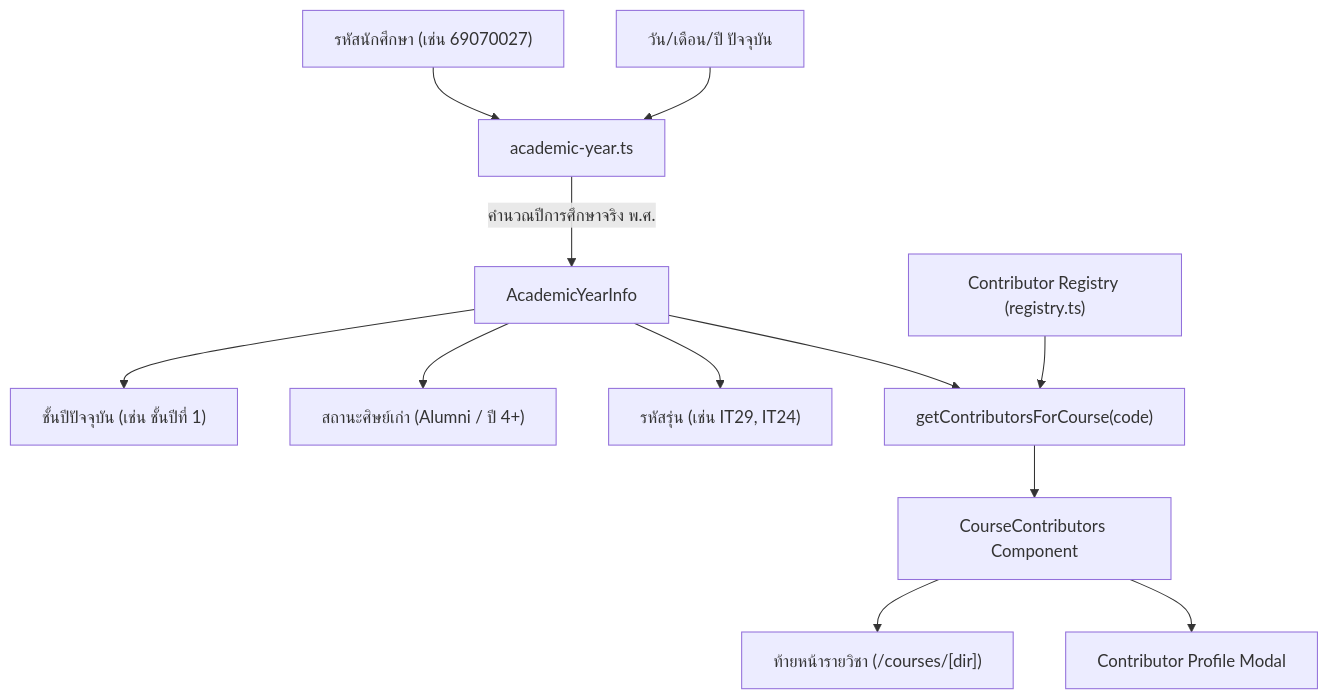
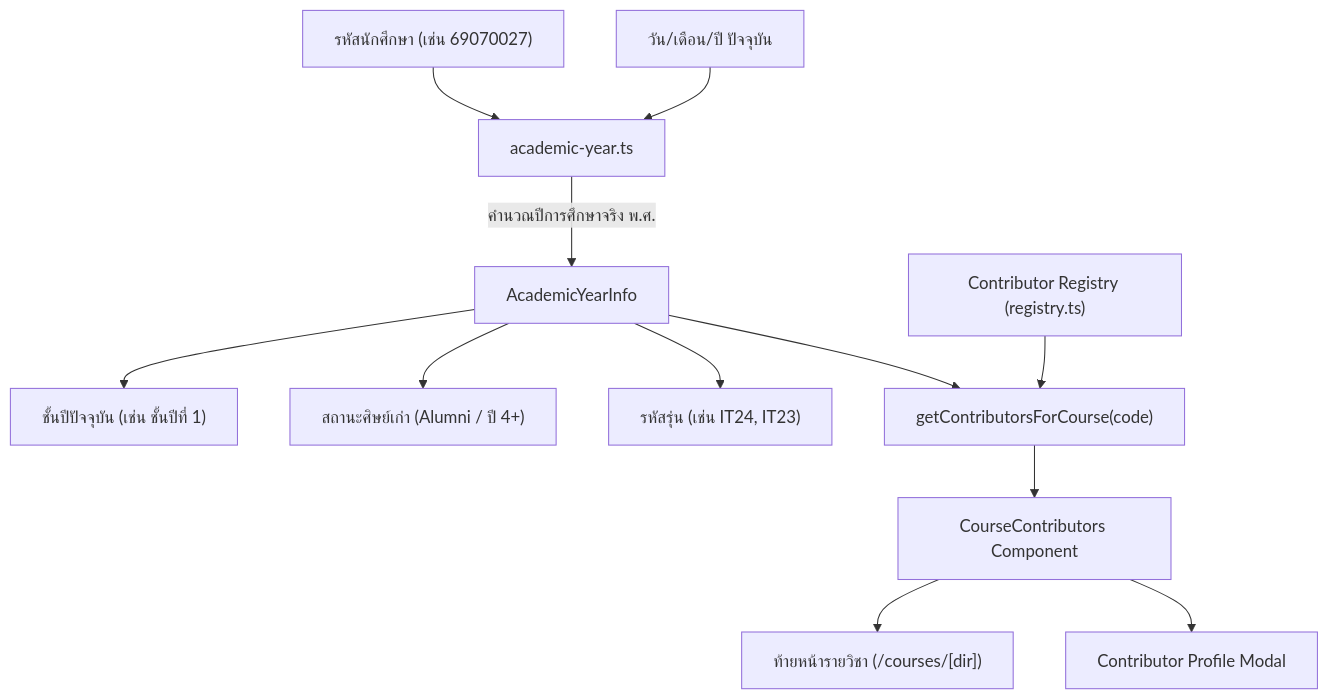
One commit to Jesselpetry/ihelp changed the diagram in docs/CONTRIBUTOR_SYSTEM.md. Above: the diagram before and after it, drawn with Mermaid. The commit also changed other lines of this file and 7 other files, not shown here.

````diff
--- a/docs/CONTRIBUTOR_SYSTEM.md
+++ b/docs/CONTRIBUTOR_SYSTEM.md
@@ -44,17 +44,17 @@
 ```mermaid
 flowchart TD
     A["รหัสนักศึกษา (เช่น 69070027)"] --> B["academic-year.ts"]
     Date["วัน/เดือน/ปี ปัจจุบัน"] --> B
     
     B -->|"คำนวณปีการศึกษาจริง พ.ศ."| C["AcademicYearInfo"]
     C --> C1["ชั้นปีปัจจุบัน (เช่น ชั้นปีที่ 1)"]
     C --> C2["สถานะศิษย์เก่า (Alumni / ปี 4+)"]
-    C --> C3["รหัสรุ่น (เช่น IT29, IT24)"]
+    C --> C3["รหัสรุ่น (เช่น IT24, IT23)"]
     
     R["Contributor Registry (registry.ts)"] --> D["getContributorsForCourse(code)"]
     C --> D
     
     D --> E["CourseContributors Component"]
     E --> F["ท้ายหน้ารายวิชา (/courses/[dir])"]
     E --> G["Contributor Profile Modal"]
 ```
````
